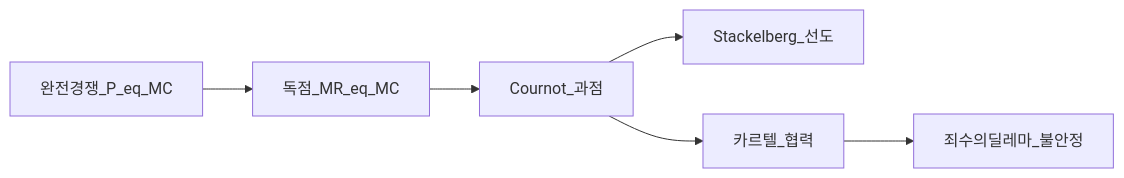
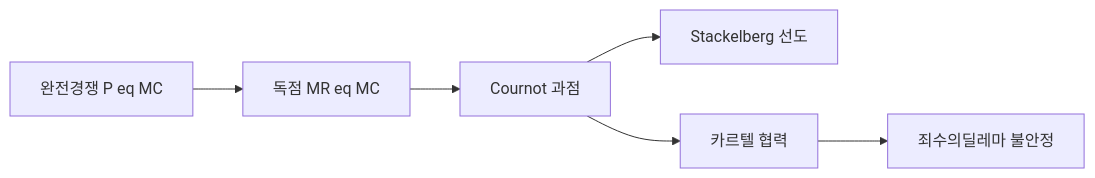
Before and after one commit to goldanghenry/Finances: the first of 5 diagrams in 02-economics/micro-03-market-structures-io.md, drawn with Mermaid. The commit also changed other lines of this file and 211 other files, not shown here.

````diff
--- a/02-economics/micro-03-market-structures-io.md
+++ b/02-economics/micro-03-market-structures-io.md
@@ -108,8 +124,8 @@
 ```mermaid
 flowchart LR
-  PC[완전경쟁_P_eq_MC] --> MON[독점_MR_eq_MC]
-  MON --> COUR[Cournot_과점]
-  COUR --> STACK[Stackelberg_선도]
-  COUR --> CART[카르텔_협력]
-  CART --> PD[죄수의딜레마_불안정]
+  PC["완전경쟁 P eq MC"] --> MON["독점 MR eq MC"]
+  MON --> COUR["Cournot 과점"]
+  COUR --> STACK["Stackelberg 선도"]
+  COUR --> CART["카르텔 협력"]
+  CART --> PD["죄수의딜레마 불안정"]
 ```
````
